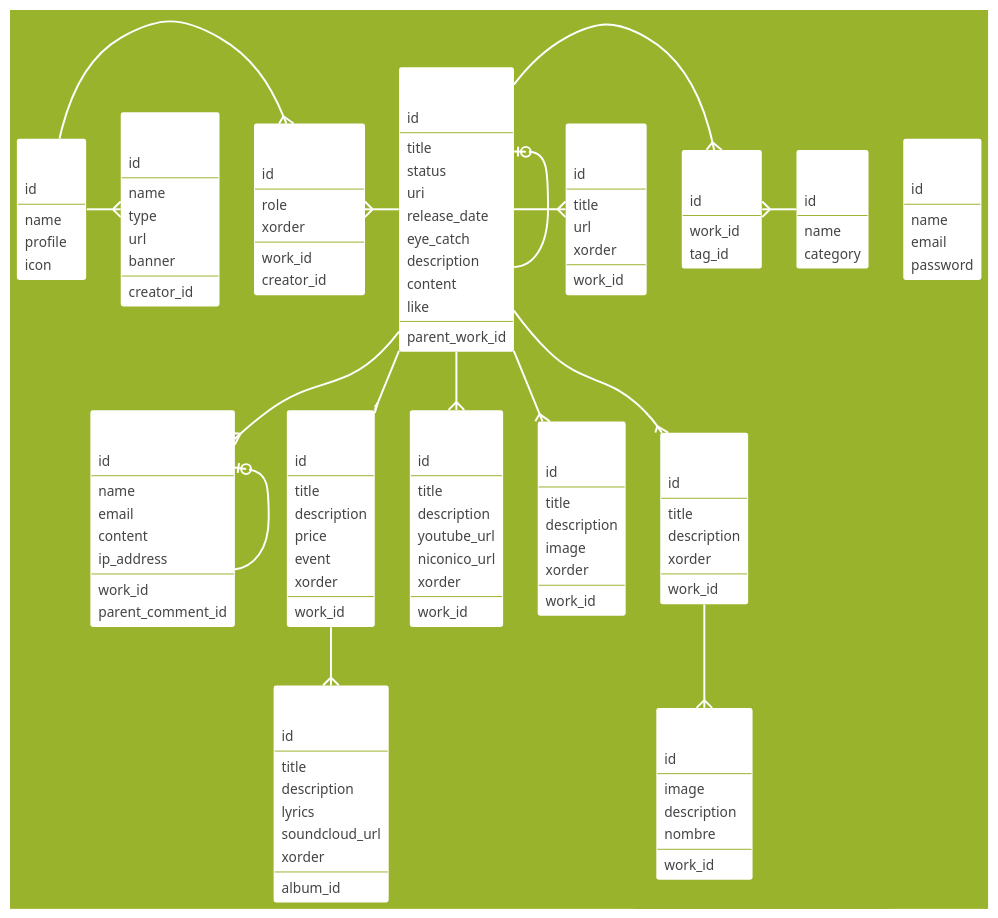
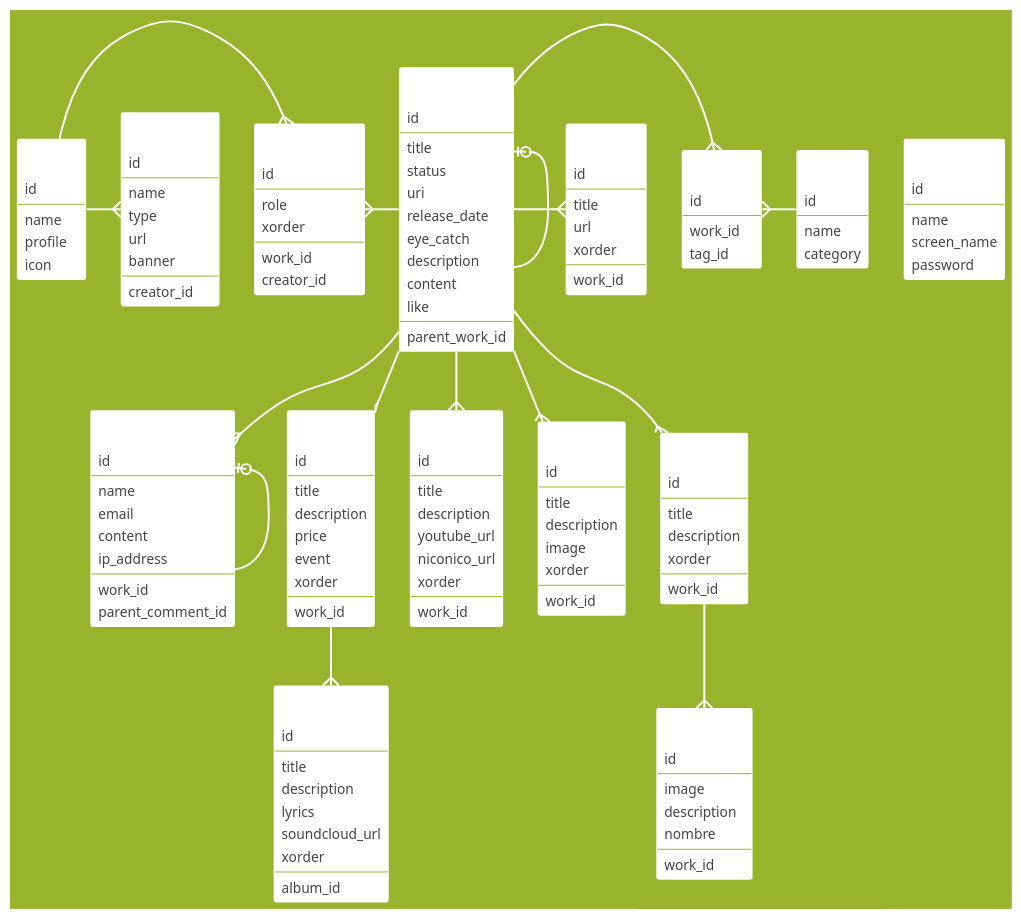
The diagram in documents/erd.puml (comorebi-notes/yorozuya), drawn with PlantUML before and after one commit. The commit also changed 27 other files, not shown here.

```diff
--- a/documents/erd.puml
+++ b/documents/erd.puml
@@ -1,195 +1,195 @@
 @startuml
 
 hide circle
 
 skinparam Shadowing false
 skinparam DefaultFontName "Ricty Diminished"
 skinparam DefaultFontSize 14
 skinparam DefaultFontStyle bold
 skinparam classFontSize 16
 skinparam classFontStyle bold
 skinparam ArrowColor white
 skinparam ArrowThickness 2
 skinparam Padding 2
 skinparam ClassBorderThickness 0
 
 skinparam DefaultFontColor #444
 skinparam BackgroundColor #99b32d
 skinparam ClassBorderColor #99b32d
 skinparam ClassHeaderBackgroundColor #c46
 skinparam ClassBackgroundColor #fff
 skinparam StereotypeCBackgroundColor #fff
 skinparam classFontColor #fff
 
-entity Admin {
+entity User {
   id
   --
   name
-  email
+  screen_name
   password
 }
 
 entity Work {
   id
   --
   title
   status
   uri
   release_date
   eye_catch
   description
   content
   like
   --
   parent_work_id
 }
 
 entity Tag {
   id
   --
   name
   category
 }
 
 entity WorkTag {
   id
   --
   work_id
   tag_id
 }
 
 entity Comment {
   id
   --
   name
   email
   content
   ip_address
   --
   work_id
   parent_comment_id
 }
 
 entity WorkSite {
   id
   --
   title
   url
   xorder
   --
   work_id
 }
 
 entity Album {
   id
   --
   title
   description
   price
   event
   xorder
   --
   work_id
 }
 
 entity Music {
   id
   --
   title
   description
   lyrics
   soundcloud_url
   xorder
   --
   album_id
 }
 
 entity Movie {
   id
   --
   title
   description
   youtube_url
   niconico_url
   xorder
   --
   work_id
 }
 
 entity Artwork {
   id
   --
   title
   description
   image
   xorder
   --
   work_id
 }
 
 entity Comic {
   id
   --
   title
   description
   xorder
   --
   work_id
 }
 
 entity ComicPage {
   id
   --
   image
   description
   nombre
   --
   work_id
 }
 
 entity WorkCreator {
   id
   --
   role
   xorder
   --
   work_id
   creator_id
 }
 
 entity Creator {
   id
   --
   name
   profile
   icon
 }
 
 entity CreatorSite {
   id
   --
   name
   type
   url
   banner
   --
   creator_id
 }
 
 Work -{ WorkTag
 WorkTag }- Tag
 Work --{ Comment
 Comment |o- Comment
 Work -{ WorkSite
 Work --{ Album
 Album --{ Music
 Work --{ Artwork
 Work --{ Movie
 Work --{ Comic
 Comic --{ ComicPage
 Creator -{ WorkCreator
 WorkCreator }- Work
 Creator -{ CreatorSite
 Work |o- Work
 
 @enduml
```
